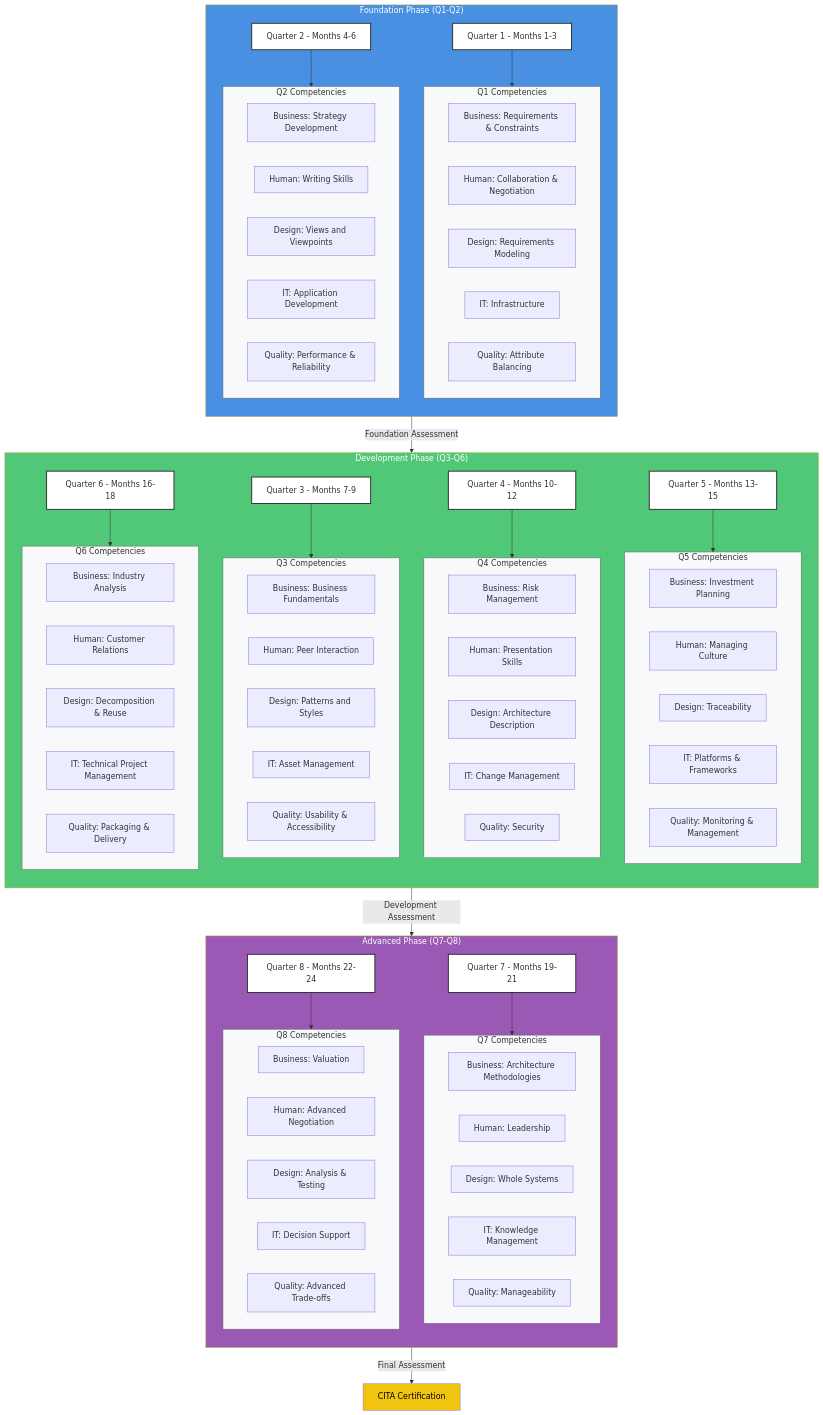
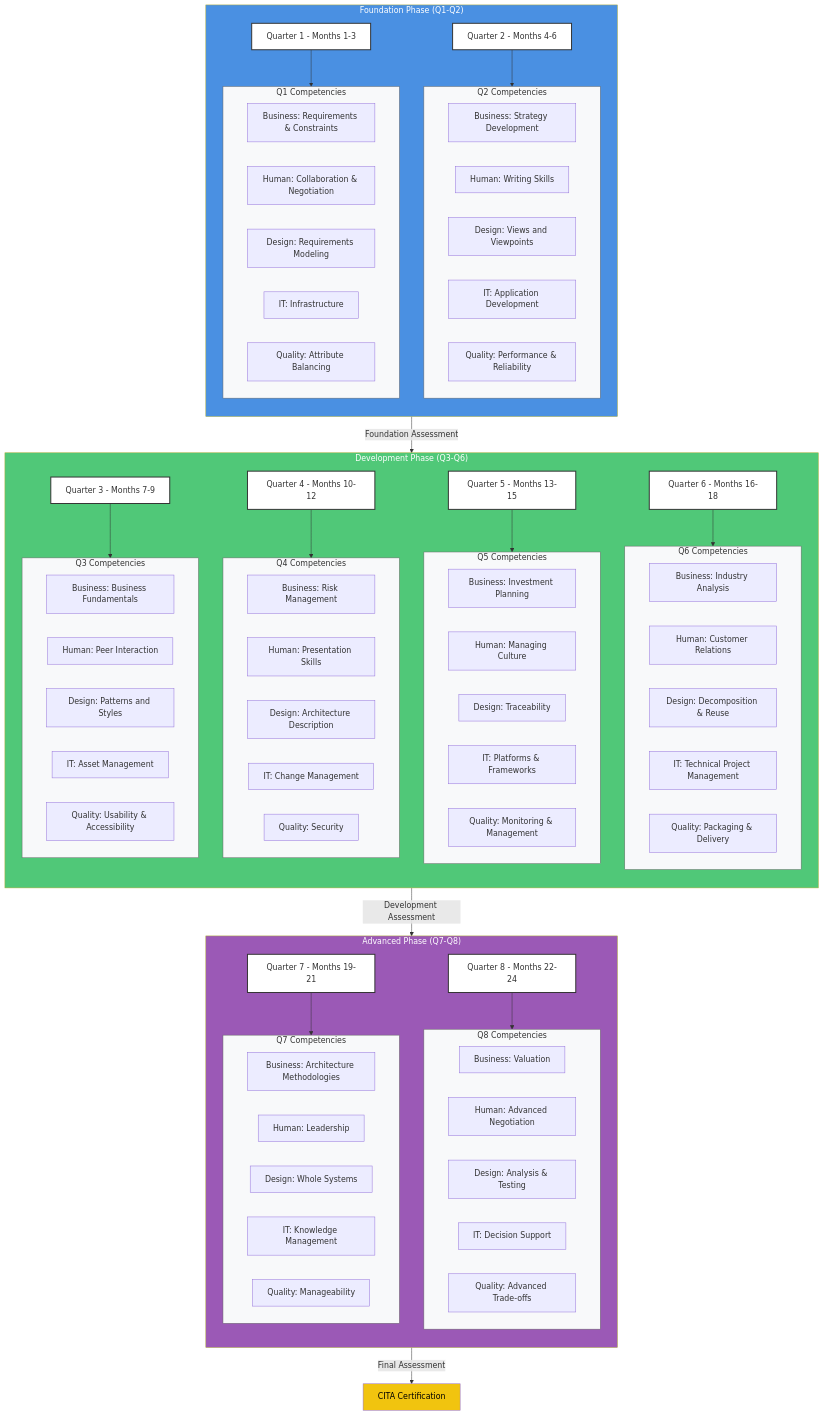
One commit to AliceNN-ucdenver/Iasa changed the second of 4 diagrams in teaching-atlas-exec.md. Above: the diagram before and after it, drawn with Mermaid.

```diff
--- a/teaching-atlas-exec.md
+++ b/teaching-atlas-exec.md
@@ -79,20 +79,20 @@
         Q1[Quarter 1 - Months 1-3]
         Q2[Quarter 2 - Months 4-6]
         
+        subgraph Q2C[Q2 Competencies]
+            Q2B[Business: Strategy Development]
+            Q2H[Human: Writing Skills]
+            Q2D[Design: Views and Viewpoints]
+            Q2I[IT: Application Development]
+            Q2Q[Quality: Performance & Reliability]
+        end
+
         subgraph Q1C[Q1 Competencies]
             Q1B[Business: Requirements & Constraints]
             Q1H[Human: Collaboration & Negotiation]
             Q1D[Design: Requirements Modeling]
             Q1I[IT: Infrastructure]
             Q1Q[Quality: Attribute Balancing]
-        end
-        
-        subgraph Q2C[Q2 Competencies]
-            Q2B[Business: Strategy Development]
-            Q2H[Human: Writing Skills]
-            Q2D[Design: Views and Viewpoints]
-            Q2I[IT: Application Development]
-            Q2Q[Quality: Performance & Reliability]
         end
         
         Q1 --> Q1C
@@ -106,20 +106,12 @@
         Q5[Quarter 5 - Months 13-15]
         Q6[Quarter 6 - Months 16-18]
         
-        subgraph Q3C[Q3 Competencies]
-            Q3B[Business: Business Fundamentals]
-            Q3H[Human: Peer Interaction]
-            Q3D[Design: Patterns and Styles]
-            Q3I[IT: Asset Management]
-            Q3Q[Quality: Usability & Accessibility]
-        end
-        
-        subgraph Q4C[Q4 Competencies]
-            Q4B[Business: Risk Management]
-            Q4H[Human: Presentation Skills]
-            Q4D[Design: Architecture Description]
-            Q4I[IT: Change Management]
-            Q4Q[Quality: Security]
+        subgraph Q6C[Q6 Competencies]
+            Q6B[Business: Industry Analysis]
+            Q6H[Human: Customer Relations]
+            Q6D[Design: Decomposition & Reuse]
+            Q6I[IT: Technical Project Management]
+            Q6Q[Quality: Packaging & Delivery]
         end
 
         subgraph Q5C[Q5 Competencies]
@@ -130,12 +122,20 @@
             Q5Q[Quality: Monitoring & Management]
         end
 
-        subgraph Q6C[Q6 Competencies]
-            Q6B[Business: Industry Analysis]
-            Q6H[Human: Customer Relations]
-            Q6D[Design: Decomposition & Reuse]
-            Q6I[IT: Technical Project Management]
-            Q6Q[Quality: Packaging & Delivery]
+        subgraph Q4C[Q4 Competencies]
+            Q4B[Business: Risk Management]
+            Q4H[Human: Presentation Skills]
+            Q4D[Design: Architecture Description]
+            Q4I[IT: Change Management]
+            Q4Q[Quality: Security]
+        end
+
+        subgraph Q3C[Q3 Competencies]
+            Q3B[Business: Business Fundamentals]
+            Q3H[Human: Peer Interaction]
+            Q3D[Design: Patterns and Styles]
+            Q3I[IT: Asset Management]
+            Q3Q[Quality: Usability & Accessibility]
         end
 
         Q3 --> Q3C
@@ -149,20 +149,20 @@
         Q7[Quarter 7 - Months 19-21]
         Q8[Quarter 8 - Months 22-24]
         
+        subgraph Q8C[Q8 Competencies]
+            Q8B[Business: Valuation]
+            Q8H[Human: Advanced Negotiation]
+            Q8D[Design: Analysis & Testing]
+            Q8I[IT: Decision Support]
+            Q8Q[Quality: Advanced Trade-offs]
+        end
+
         subgraph Q7C[Q7 Competencies]
             Q7B[Business: Architecture Methodologies]
             Q7H[Human: Leadership]
             Q7D[Design: Whole Systems]
             Q7I[IT: Knowledge Management]
             Q7Q[Quality: Manageability]
-        end
-        
-        subgraph Q8C[Q8 Competencies]
-            Q8B[Business: Valuation]
-            Q8H[Human: Advanced Negotiation]
-            Q8D[Design: Analysis & Testing]
-            Q8I[IT: Decision Support]
-            Q8Q[Quality: Advanced Trade-offs]
         end
 
         Q7 --> Q7C
```
